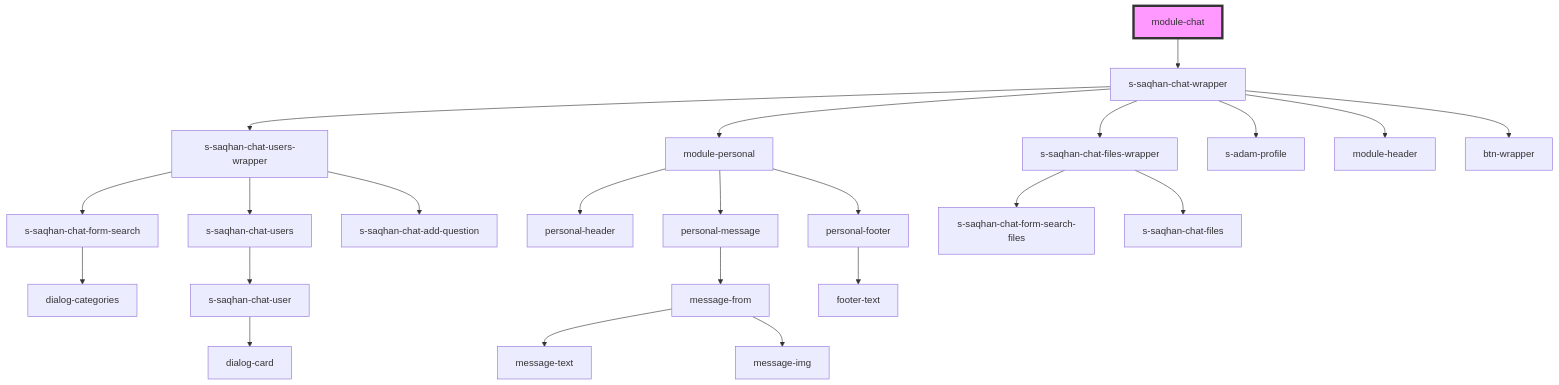
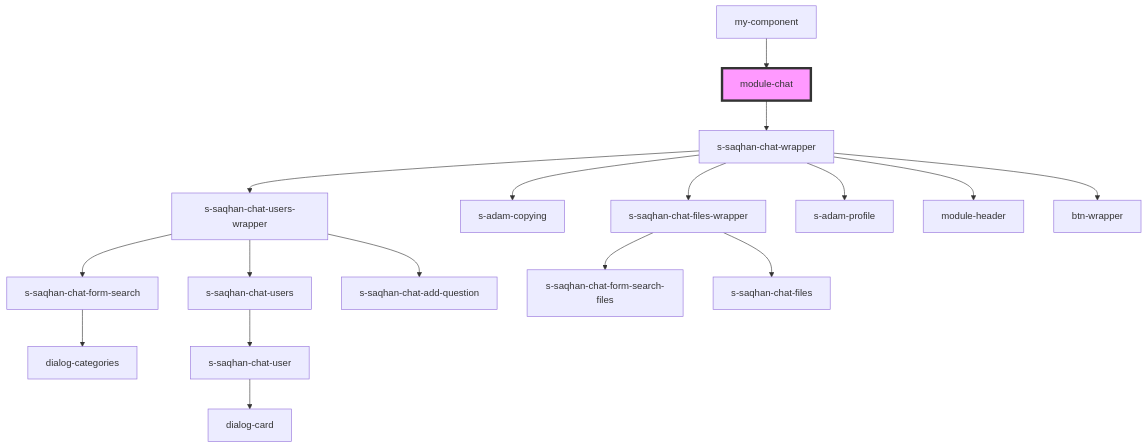
One commit to saqhan/stencil-chat changed the diagram in src/components/module/module-chat/readme.md. Above: the diagram before and after it, drawn with Mermaid. The commit also changed other lines of this file and 6 other files, not shown here.

````diff
--- a/src/components/module/module-chat/readme.md
+++ b/src/components/module/module-chat/readme.md
@@ -15,26 +19,20 @@
 ```mermaid
 graph TD;
   module-chat --> s-saqhan-chat-wrapper
   s-saqhan-chat-wrapper --> s-saqhan-chat-users-wrapper
-  s-saqhan-chat-wrapper --> module-personal
+  s-saqhan-chat-wrapper --> s-adam-copying
   s-saqhan-chat-wrapper --> s-saqhan-chat-files-wrapper
   s-saqhan-chat-wrapper --> s-adam-profile
   s-saqhan-chat-wrapper --> module-header
   s-saqhan-chat-wrapper --> btn-wrapper
   s-saqhan-chat-users-wrapper --> s-saqhan-chat-form-search
   s-saqhan-chat-users-wrapper --> s-saqhan-chat-users
   s-saqhan-chat-users-wrapper --> s-saqhan-chat-add-question
   s-saqhan-chat-form-search --> dialog-categories
   s-saqhan-chat-users --> s-saqhan-chat-user
   s-saqhan-chat-user --> dialog-card
-  module-personal --> personal-header
-  module-personal --> personal-message
-  module-personal --> personal-footer
-  personal-message --> message-from
-  message-from --> message-text
-  message-from --> message-img
-  personal-footer --> footer-text
   s-saqhan-chat-files-wrapper --> s-saqhan-chat-form-search-files
   s-saqhan-chat-files-wrapper --> s-saqhan-chat-files
+  my-component --> module-chat
   style module-chat fill:#f9f,stroke:#333,stroke-width:4px
 ```
````
